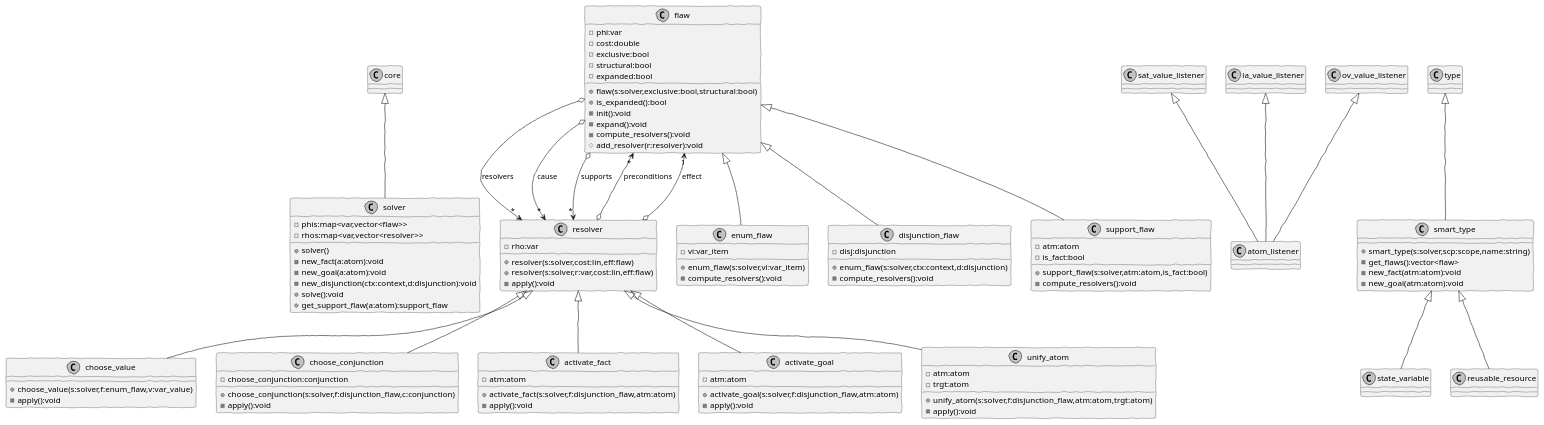
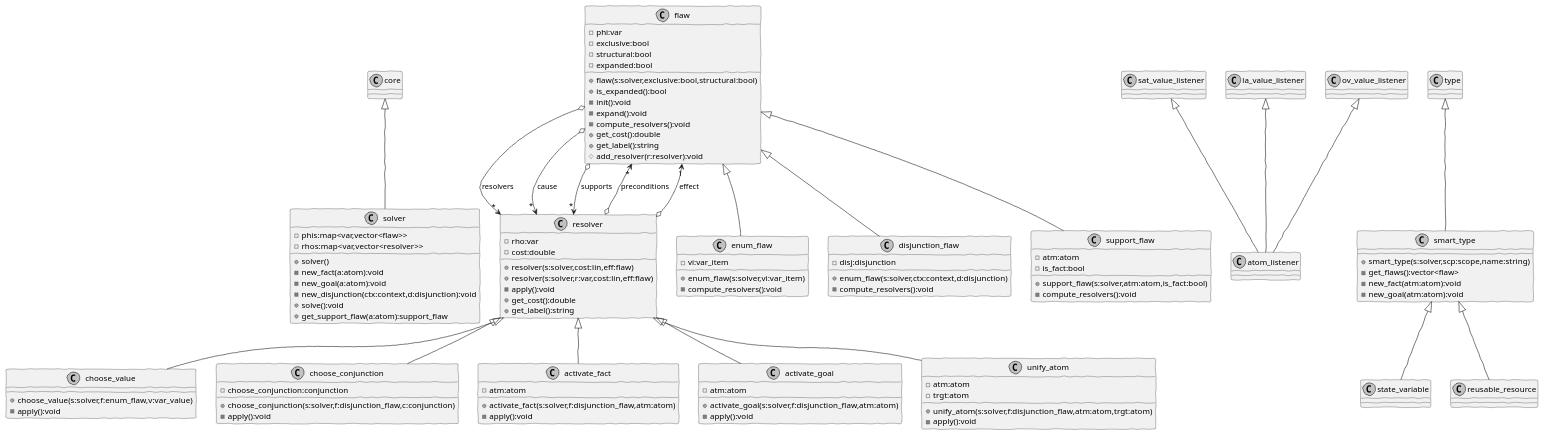
The diagram in cg-lib/cg-lib.wsd (riccardodebenedictis/lucy), drawn with PlantUML before and after one commit.

Commit message:
minor improvements..

```diff
--- a/cg-lib/cg-lib.wsd
+++ b/cg-lib/cg-lib.wsd
@@ -1,107 +1,111 @@
 @startuml cg-lib
 skinparam monochrome true
 skinparam handwritten true
 
 class solver
 core <|-- solver
 solver : -phis:map<var,vector<flaw>>
 solver : -rhos:map<var,vector<resolver>>
 solver : +solver()
 solver : -new_fact(a:atom):void
 solver : -new_goal(a:atom):void
 solver : -new_disjunction(ctx:context,d:disjunction):void
 solver : +solve():void
 solver : +get_support_flaw(a:atom):support_flaw
 
 class flaw
 flaw : -phi:var
-flaw : -cost:double
 flaw : -exclusive:bool
 flaw : -structural:bool
 flaw : -expanded:bool
 flaw : +flaw(s:solver,exclusive:bool,structural:bool)
 flaw : +is_expanded():bool
 flaw : -init():void
 flaw : -expand():void
 flaw : -compute_resolvers():void
+flaw : +get_cost():double
+flaw : +get_label():string
 flaw : #add_resolver(r:resolver):void
 flaw o--> "*" resolver : resolvers
 flaw o--> "*" resolver : cause
 flaw o--> "*" resolver : supports
 
 class resolver
 resolver : -rho:var
+resolver : -cost:double
 resolver : +resolver(s:solver,cost:lin,eff:flaw)
 resolver : +resolver(s:solver,r:var,cost:lin,eff:flaw)
 resolver : -apply():void
+resolver : +get_cost():double
+resolver : +get_label():string
 resolver o--> "*" flaw : preconditions
 resolver o--> "1" flaw : effect
 
 class enum_flaw
 flaw <|-- enum_flaw
 enum_flaw : -vi:var_item
 enum_flaw : +enum_flaw(s:solver,vi:var_item)
 enum_flaw : -compute_resolvers():void
 
 class choose_value
 resolver <|-- choose_value
 choose_value : +choose_value(s:solver,f:enum_flaw,v:var_value)
 choose_value : -apply():void
 
 class disjunction_flaw
 flaw <|-- disjunction_flaw
 disjunction_flaw : -disj:disjunction
 disjunction_flaw : +enum_flaw(s:solver,ctx:context,d:disjunction)
 disjunction_flaw : -compute_resolvers():void
 
 class choose_conjunction
 resolver <|-- choose_conjunction
 choose_conjunction : -choose_conjunction:conjunction
 choose_conjunction : +choose_conjunction(s:solver,f:disjunction_flaw,c:conjunction)
 choose_conjunction : -apply():void
 
 class support_flaw
 flaw <|-- support_flaw
 support_flaw : -atm:atom
 support_flaw : -is_fact:bool
 support_flaw : +support_flaw(s:solver,atm:atom,is_fact:bool)
 support_flaw : -compute_resolvers():void
 
 class activate_fact
 resolver <|-- activate_fact
 activate_fact : -atm:atom
 activate_fact : +activate_fact(s:solver,f:disjunction_flaw,atm:atom)
 activate_fact : -apply():void
 
 class activate_goal
 resolver <|-- activate_goal
 activate_goal : -atm:atom
 activate_goal : +activate_goal(s:solver,f:disjunction_flaw,atm:atom)
 activate_goal : -apply():void
 
 class unify_atom
 resolver <|-- unify_atom
 unify_atom : -atm:atom
 unify_atom : -trgt:atom
 unify_atom : +unify_atom(s:solver,f:disjunction_flaw,atm:atom,trgt:atom)
 unify_atom : -apply():void
 
 class atom_listener
 sat_value_listener <|-- atom_listener
 la_value_listener <|-- atom_listener
 ov_value_listener <|-- atom_listener
 
 class smart_type
 type <|-- smart_type
 smart_type : +smart_type(s:solver,scp:scope,name:string)
 smart_type : -get_flaws():vector<flaw>
 smart_type : -new_fact(atm:atom):void
 smart_type : -new_goal(atm:atom):void
 
 class state_variable
 smart_type <|-- state_variable
 
 class reusable_resource
 smart_type <|-- reusable_resource
 
 @enduml
```
